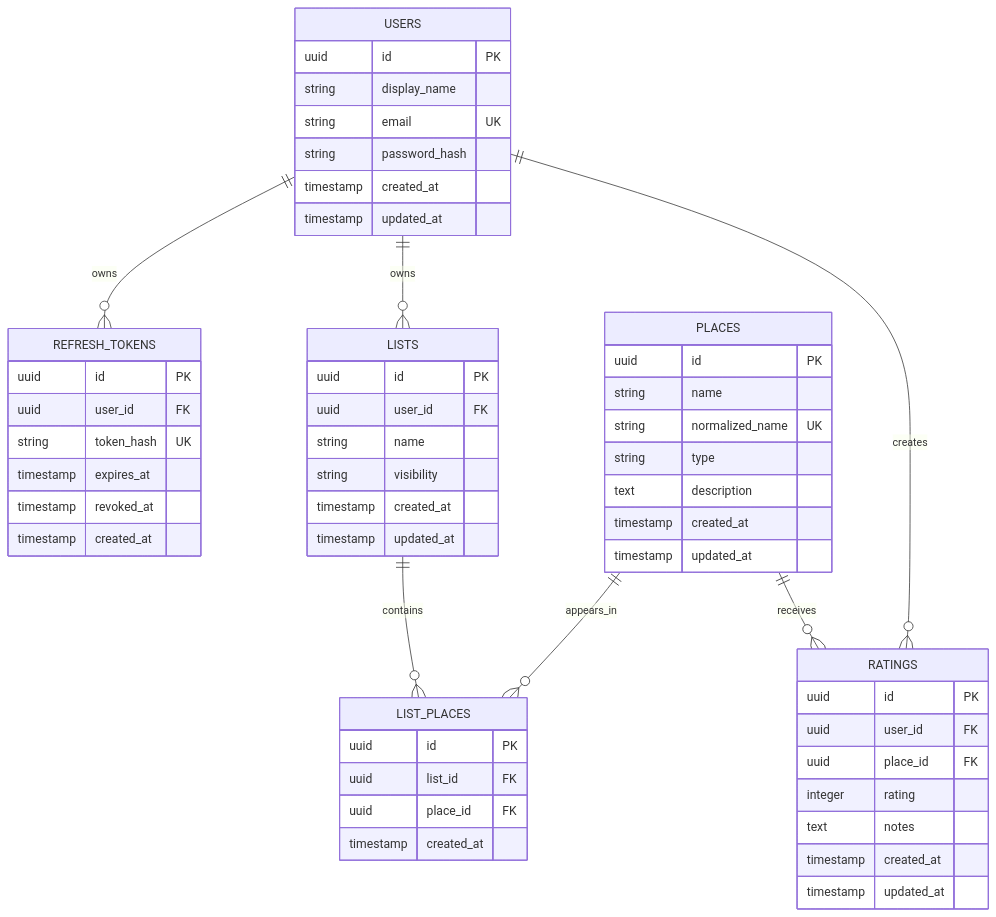
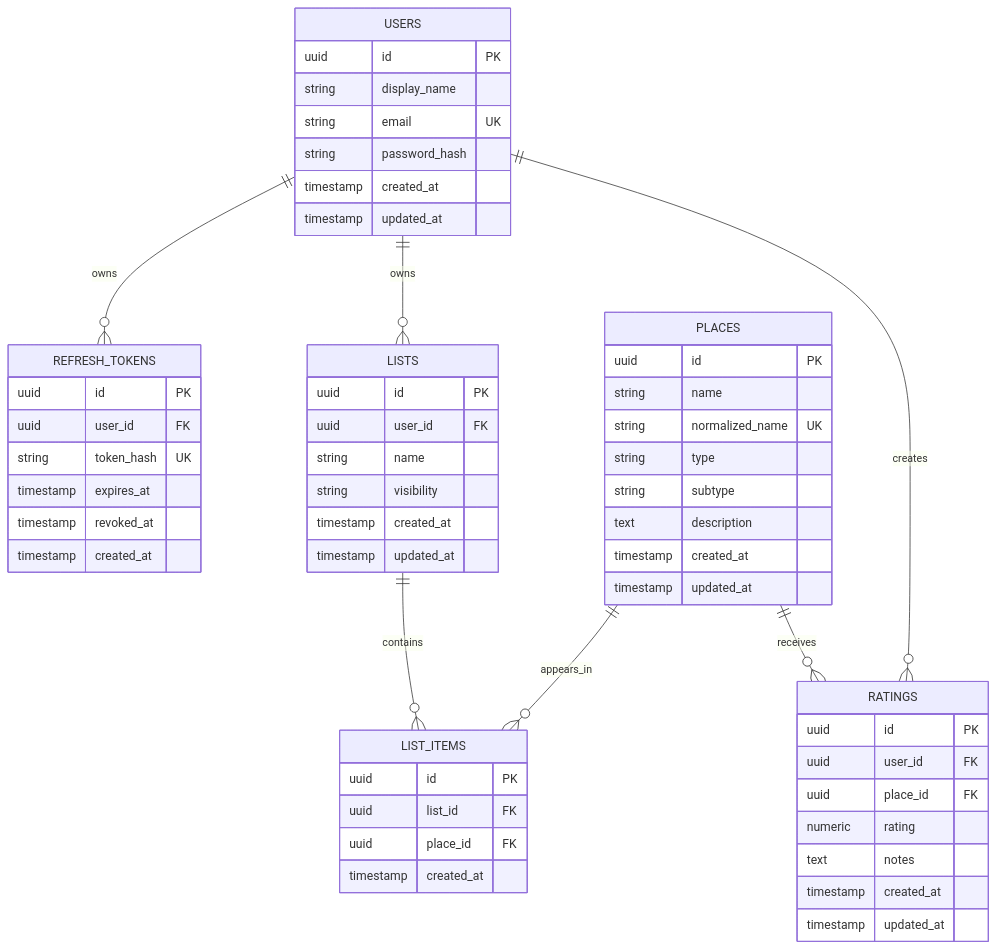
One commit to TurkiOtaibi/restaurant-list changed the diagram in docs/11-erd.md. Above: the diagram before and after it, drawn with Mermaid. The commit also changed other lines of this file and 52 other files, not shown here.

````diff
--- a/docs/11-erd.md
+++ b/docs/11-erd.md
@@ -5,63 +5,64 @@
 ```mermaid
 erDiagram
     USERS ||--o{ REFRESH_TOKENS : owns
     USERS ||--o{ LISTS : owns
     USERS ||--o{ RATINGS : creates
-    LISTS ||--o{ LIST_PLACES : contains
-    PLACES ||--o{ LIST_PLACES : appears_in
+    LISTS ||--o{ LIST_ITEMS : contains
+    PLACES ||--o{ LIST_ITEMS : appears_in
     PLACES ||--o{ RATINGS : receives
 
     USERS {
         uuid id PK
         string display_name
         string email UK
         string password_hash
         timestamp created_at
         timestamp updated_at
     }
 
     REFRESH_TOKENS {
         uuid id PK
         uuid user_id FK
         string token_hash UK
         timestamp expires_at
         timestamp revoked_at
         timestamp created_at
     }
 
     PLACES {
         uuid id PK
         string name
         string normalized_name UK
         string type
+        string subtype
         text description
         timestamp created_at
         timestamp updated_at
     }
 
     LISTS {
         uuid id PK
         uuid user_id FK
         string name
         string visibility
         timestamp created_at
         timestamp updated_at
     }
 
-    LIST_PLACES {
+    LIST_ITEMS {
         uuid id PK
         uuid list_id FK
         uuid place_id FK
         timestamp created_at
     }
 
     RATINGS {
         uuid id PK
         uuid user_id FK
         uuid place_id FK
-        integer rating
+        numeric rating
         text notes
         timestamp created_at
         timestamp updated_at
     }
 ```
````
